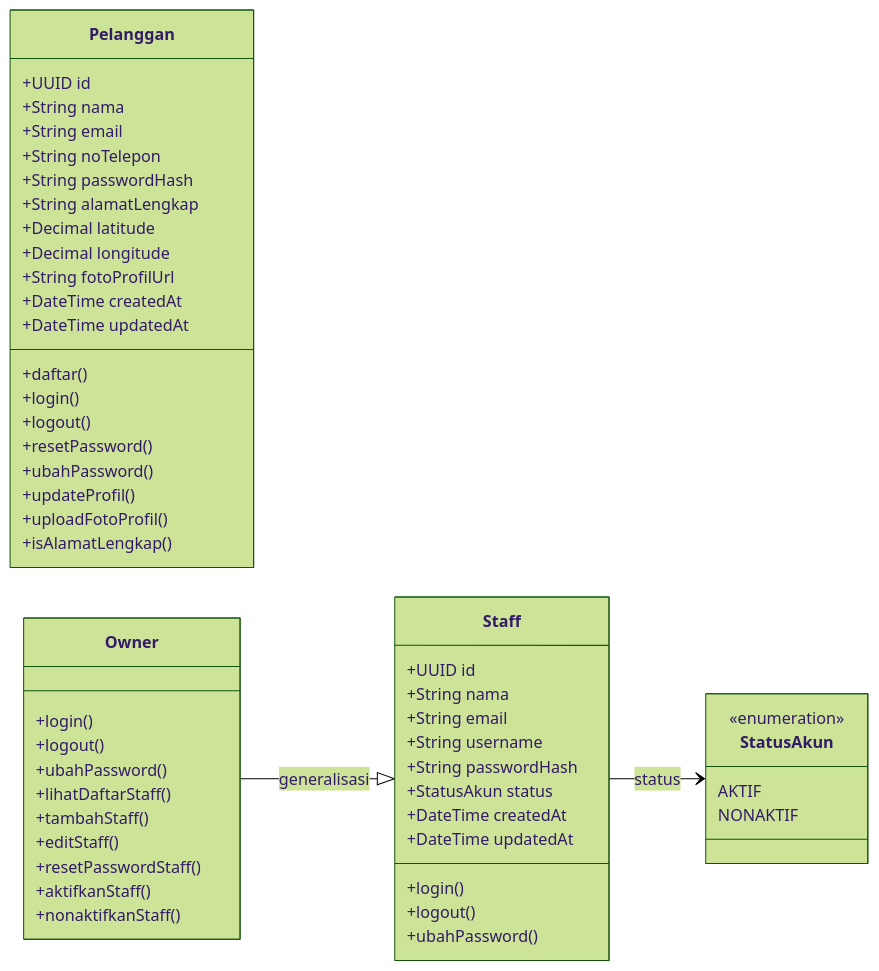
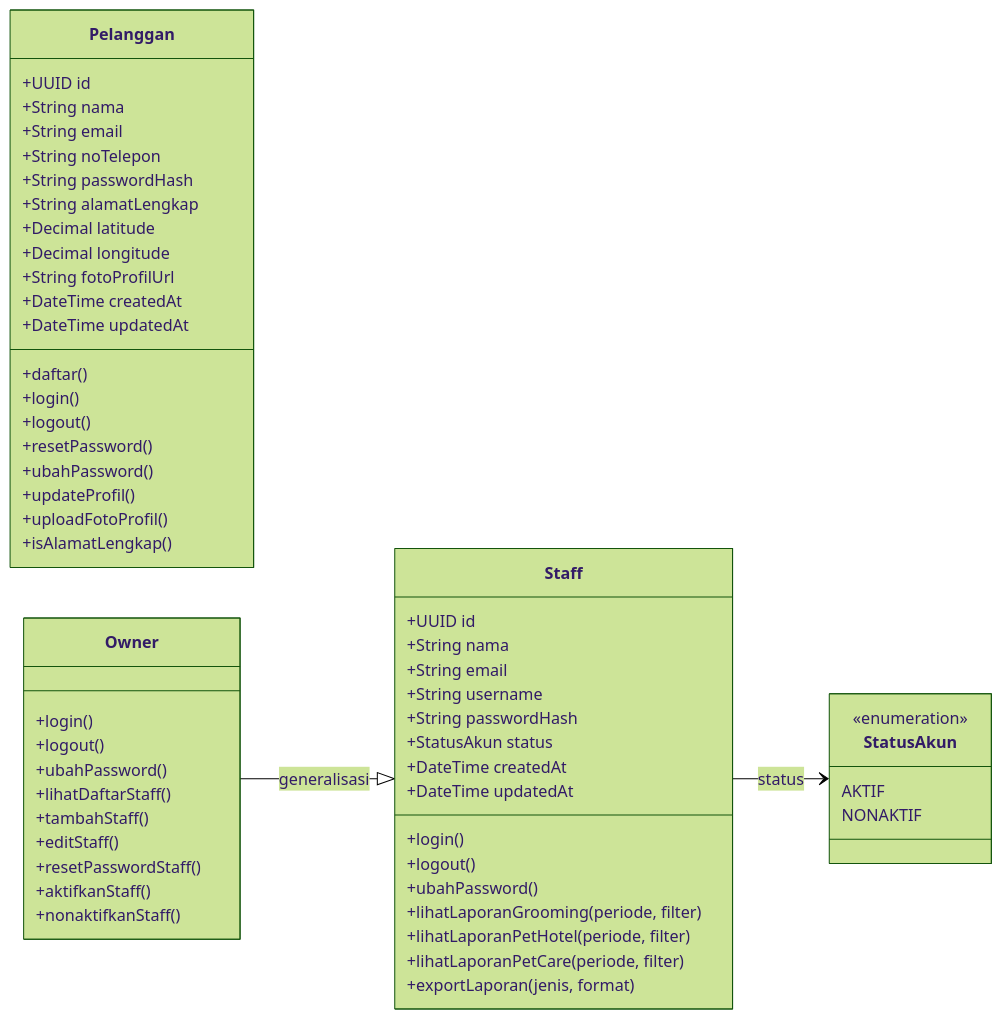
Before and after one commit to nonamebkz/pet-hotel: the second of 11 diagrams in diagrams/class/class-diagram.md, drawn with Mermaid (forest theme). The commit also changed other lines of this file and 10 other files, not shown here.

````diff
--- a/diagrams/class/class-diagram.md
+++ b/diagrams/class/class-diagram.md
@@ -169,61 +173,65 @@
 ```mermaid
 classDiagram
     direction LR
 
     class Pelanggan {
         +UUID id
         +String nama
         +String email
         +String noTelepon
         +String passwordHash
         +String alamatLengkap
         +Decimal latitude
         +Decimal longitude
         +String fotoProfilUrl
         +DateTime createdAt
         +DateTime updatedAt
         +daftar()
         +login()
         +logout()
         +resetPassword()
         +ubahPassword()
         +updateProfil()
         +uploadFotoProfil()
         +isAlamatLengkap()
     }
 
     class Staff {
         +UUID id
         +String nama
         +String email
         +String username
         +String passwordHash
         +StatusAkun status
         +DateTime createdAt
         +DateTime updatedAt
         +login()
         +logout()
         +ubahPassword()
+        +lihatLaporanGrooming(periode, filter)
+        +lihatLaporanPetHotel(periode, filter)
+        +lihatLaporanPetCare(periode, filter)
+        +exportLaporan(jenis, format)
     }
 
     class Owner {
         +login()
         +logout()
         +ubahPassword()
         +lihatDaftarStaff()
         +tambahStaff()
         +editStaff()
         +resetPasswordStaff()
         +aktifkanStaff()
         +nonaktifkanStaff()
     }
 
     class StatusAkun {
         <<enumeration>>
         AKTIF
         NONAKTIF
     }
 
     Owner --|> Staff : generalisasi
     Staff --> StatusAkun : status
 ```
````
